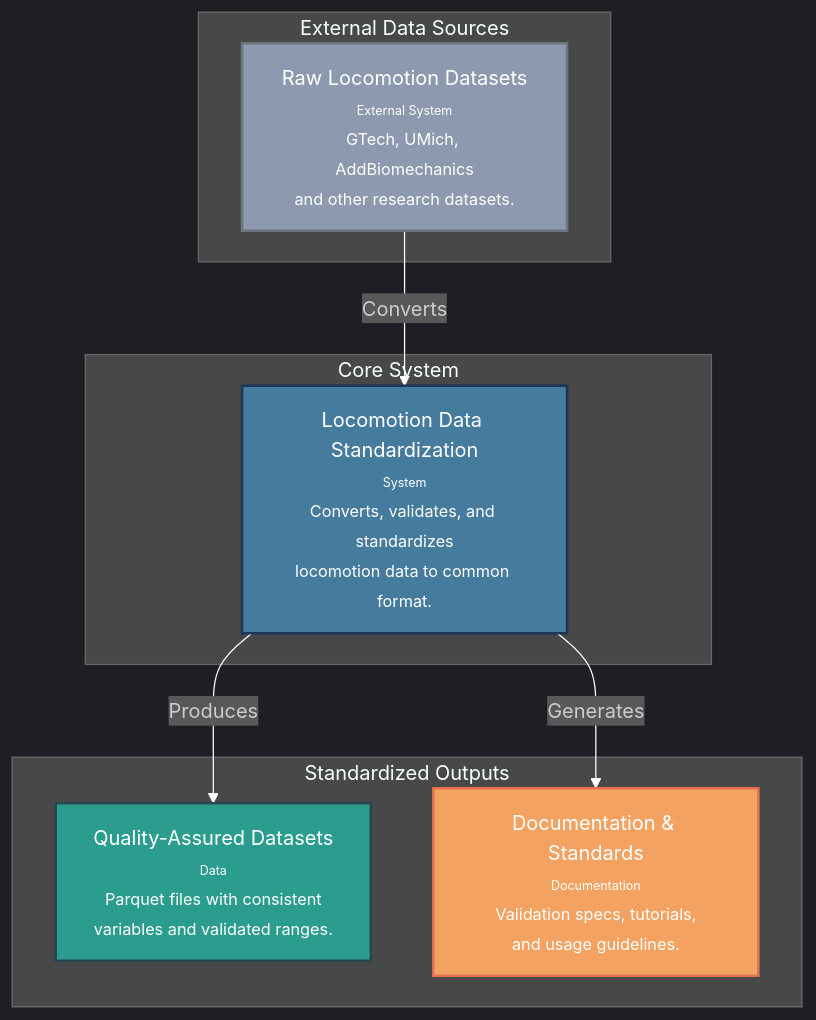
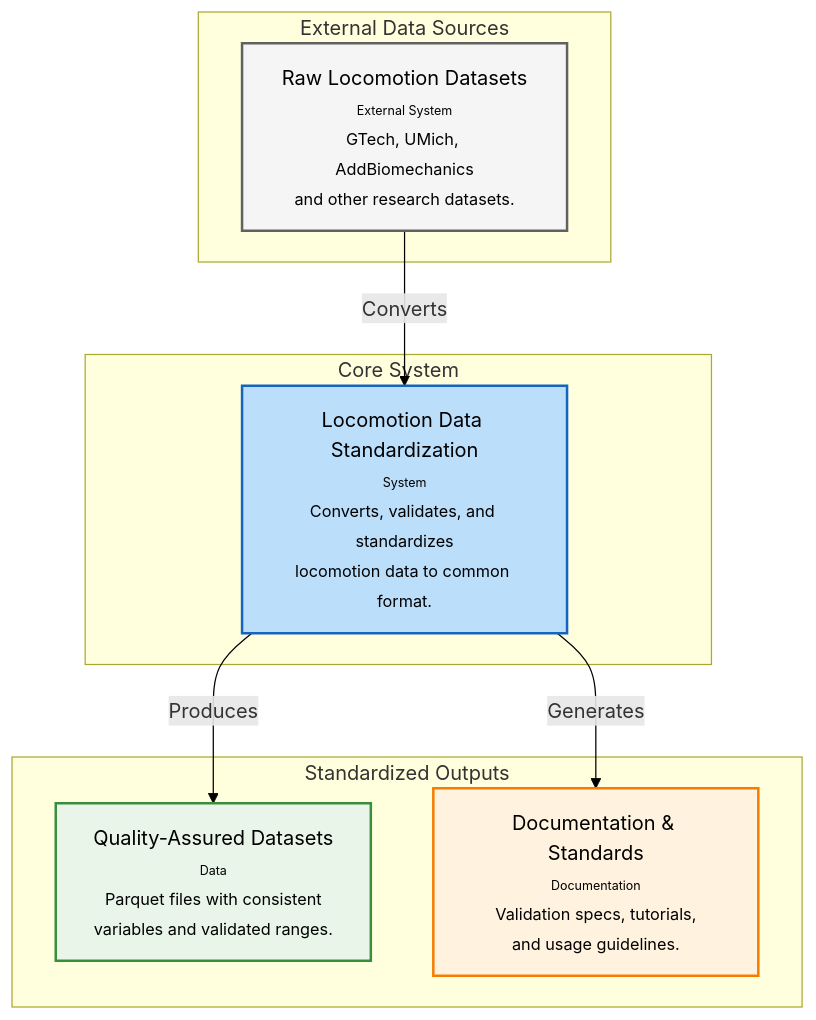
Before and after one commit to jmontp/LocoHub: the sixth of 7 diagrams in docs/software_engineering/docs/01b_SYSTEM_CONTEXT.md, drawn with Mermaid. The commit also changed other lines of this file and 14 other files, not shown here.

````diff
--- a/docs/software_engineering/docs/01b_SYSTEM_CONTEXT.md
+++ b/docs/software_engineering/docs/01b_SYSTEM_CONTEXT.md
@@ -173,28 +173,28 @@
 ```mermaid
-%%{init: {'theme': 'dark'}}%%
+%%{init: {'theme': 'default'}}%%
 graph TD
     subgraph "External Data Sources"
         raw["Raw Locomotion Datasets<br/><font size='-2'>External System</font><br/><font size='-1'>GTech, UMich, AddBiomechanics<br/>and other research datasets.</font>"]
     end
 
     subgraph "Core System"
         system["Locomotion Data Standardization<br/><font size='-2'>System</font><br/><font size='-1'>Converts, validates, and standardizes<br/>locomotion data to common format.</font>"]
     end
 
     subgraph "Standardized Outputs"
         datasets["Quality-Assured Datasets<br/><font size='-2'>Data</font><br/><font size='-1'>Parquet files with consistent<br/>variables and validated ranges.</font>"]
         docs["Documentation & Standards<br/><font size='-2'>Documentation</font><br/><font size='-1'>Validation specs, tutorials,<br/>and usage guidelines.</font>"]
     end
 
     raw -- "Converts" --> system
     system -- "Produces" --> datasets
     system -- "Generates" --> docs
     
     %% Styling
-    style raw fill:#8d99ae,stroke:#6c757d,stroke-width:2px,color:#ffffff
-    style system fill:#457b9d,stroke:#1d3557,stroke-width:2px,color:#ffffff
-    style datasets fill:#2a9d8f,stroke:#264653,stroke-width:2px,color:#ffffff
-    style docs fill:#f4a261,stroke:#e76f51,stroke-width:2px,color:#ffffff
+    style raw fill:#f5f5f5,stroke:#616161,stroke-width:2px,color:#000000
+    style system fill:#bbdefb,stroke:#1565c0,stroke-width:2px,color:#000000
+    style datasets fill:#e8f5e8,stroke:#388e3c,stroke-width:2px,color:#000000
+    style docs fill:#fff3e0,stroke:#f57c00,stroke-width:2px,color:#000000
     
-    linkStyle default stroke:white
+    linkStyle default stroke:black
 ```
````
